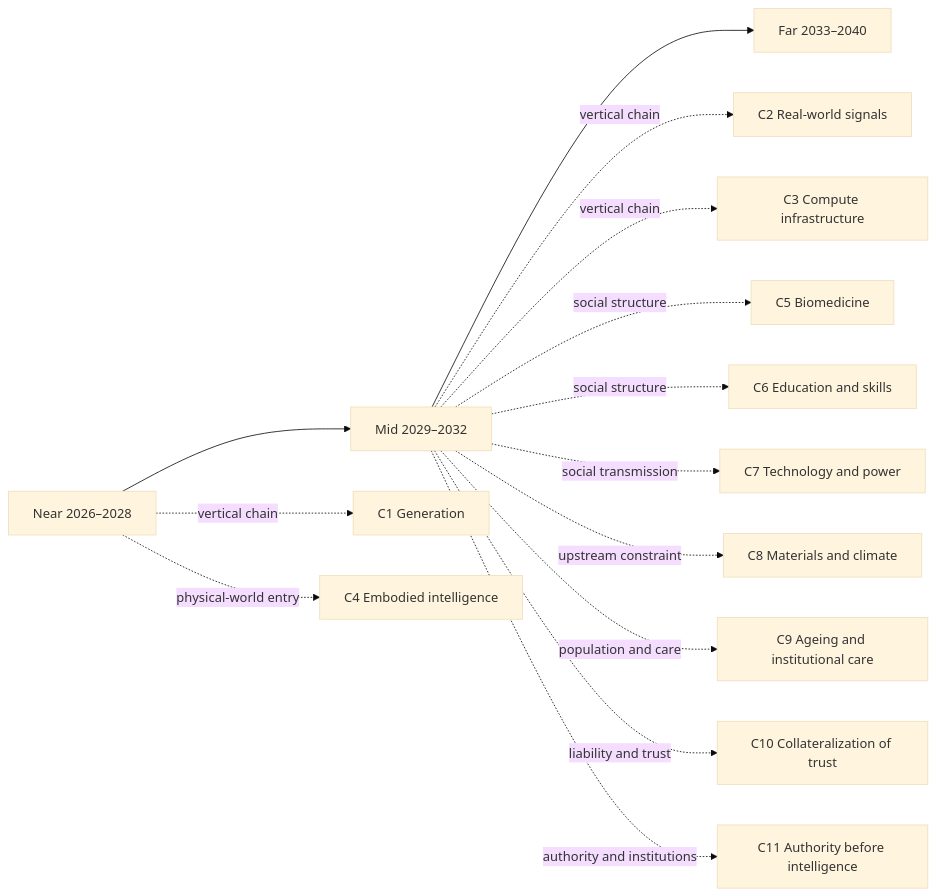
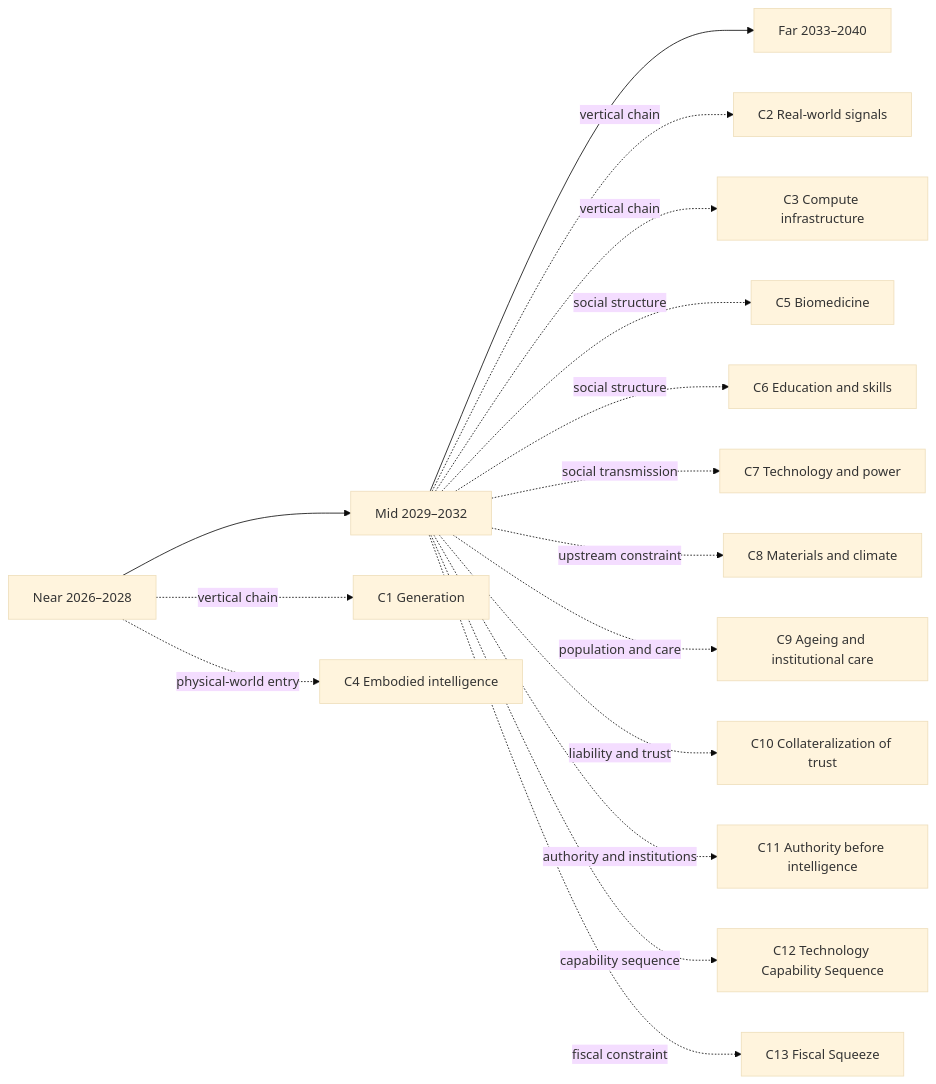
Before and after one commit to SenZhangAI/foresight-by-ai: the diagram in docs/en/20-mid.md, drawn with Mermaid (base theme). The commit also changed other lines of this file and 5 other files, not shown here.

````diff
--- a/docs/en/20-mid.md
+++ b/docs/en/20-mid.md
@@ -23,16 +23,18 @@
 ```mermaid
 flowchart LR
   N[Near 2026–2028] --> M[Mid 2029–2032]
   M --> F[Far 2033–2040]
   N -.vertical chain.-> C1[C1 Generation]
   M -.vertical chain.-> C2[C2 Real-world signals]
   M -.vertical chain.-> C3[C3 Compute infrastructure]
   N -.physical-world entry.-> C4[C4 Embodied intelligence]
   M -.social structure.-> C5[C5 Biomedicine]
   M -.social structure.-> C6[C6 Education and skills]
   M -.social transmission.-> C7[C7 Technology and power]
   M -.upstream constraint.-> C8[C8 Materials and climate]
   M -.population and care.-> C9[C9 Ageing and institutional care]
   M -.liability and trust.-> C10[C10 Collateralization of trust]
   M -.authority and institutions.-> C11[C11 Authority before intelligence]
+  M -.capability sequence.-> C12[C12 Technology Capability Sequence]
+  M -.fiscal constraint.-> C13[C13 Fiscal Squeeze]
 ```
````
